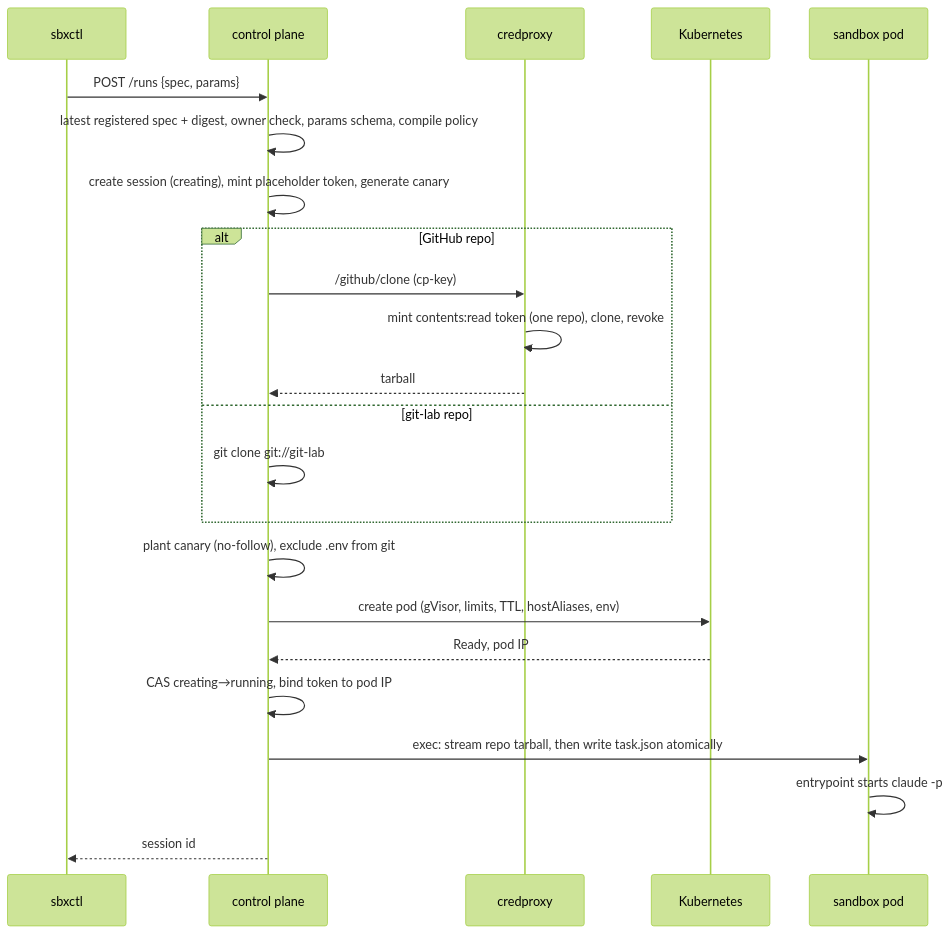
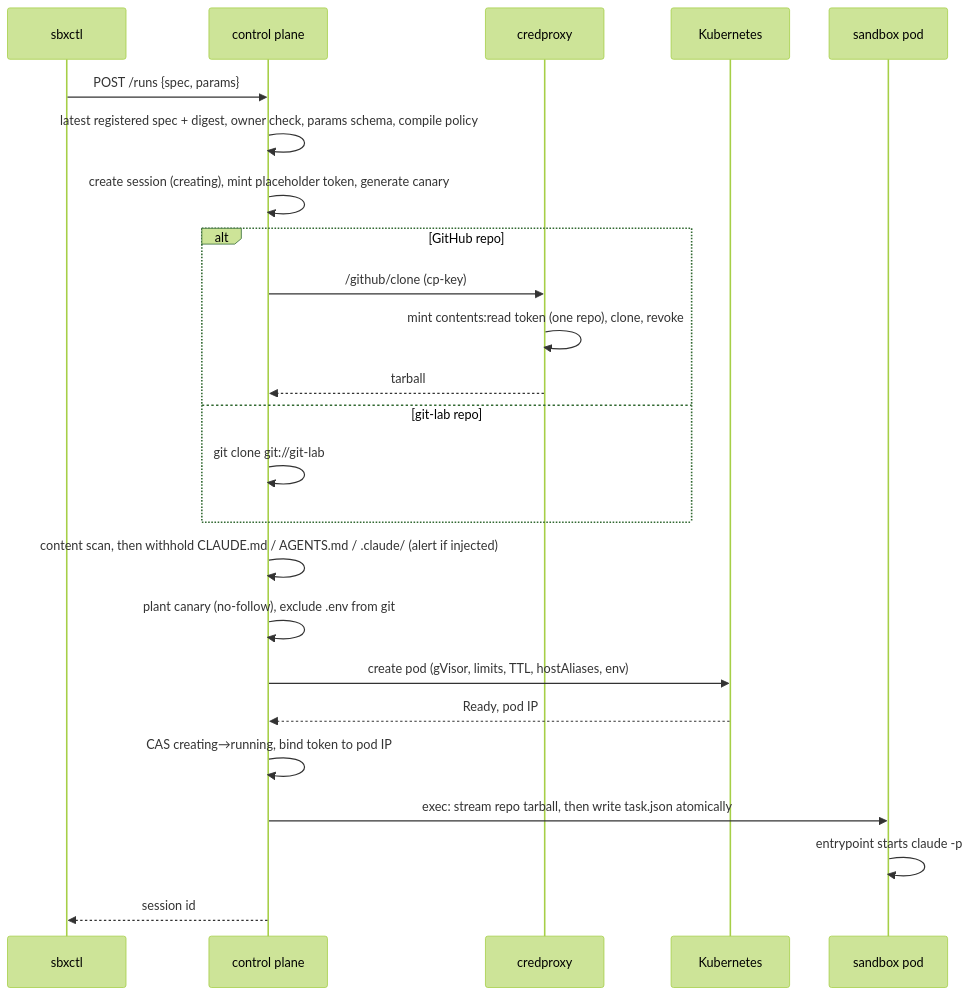
The third of 6 diagrams in docs/ARCHITECTURE.md (bhadradiyaniravnl/security-assignment-forgoodai), drawn with Mermaid (forest theme) before and after one commit. The commit also changed other lines of this file and 1 other file, not shown here.

First line of the commit message:
Diagrams and topology match the deployed system

````diff
--- a/docs/ARCHITECTURE.md
+++ b/docs/ARCHITECTURE.md
@@ -480,25 +482,26 @@
 ```mermaid
 sequenceDiagram
   participant U as sbxctl
   participant CP as control plane
   participant CR as credproxy
   participant K as Kubernetes
   participant P as sandbox pod
   U->>CP: POST /runs {spec, params}
   CP->>CP: latest registered spec + digest, owner check, params schema, compile policy
   CP->>CP: create session (creating), mint placeholder token, generate canary
   alt GitHub repo
     CP->>CR: /github/clone (cp-key)
     CR->>CR: mint contents:read token (one repo), clone, revoke
     CR-->>CP: tarball
   else git-lab repo
     CP->>CP: git clone git://git-lab
   end
+  CP->>CP: content scan, then withhold CLAUDE.md / AGENTS.md / .claude/ (alert if injected)
   CP->>CP: plant canary (no-follow), exclude .env from git
   CP->>K: create pod (gVisor, limits, TTL, hostAliases, env)
   K-->>CP: Ready, pod IP
   CP->>CP: CAS creating→running, bind token to pod IP
   CP->>P: exec: stream repo tarball, then write task.json atomically
   P->>P: entrypoint starts claude -p
   CP-->>U: session id
 ```
````
